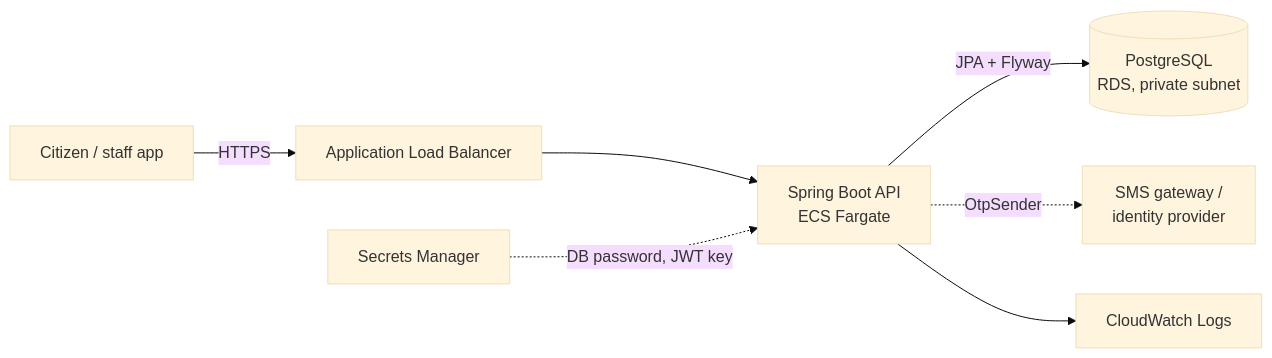
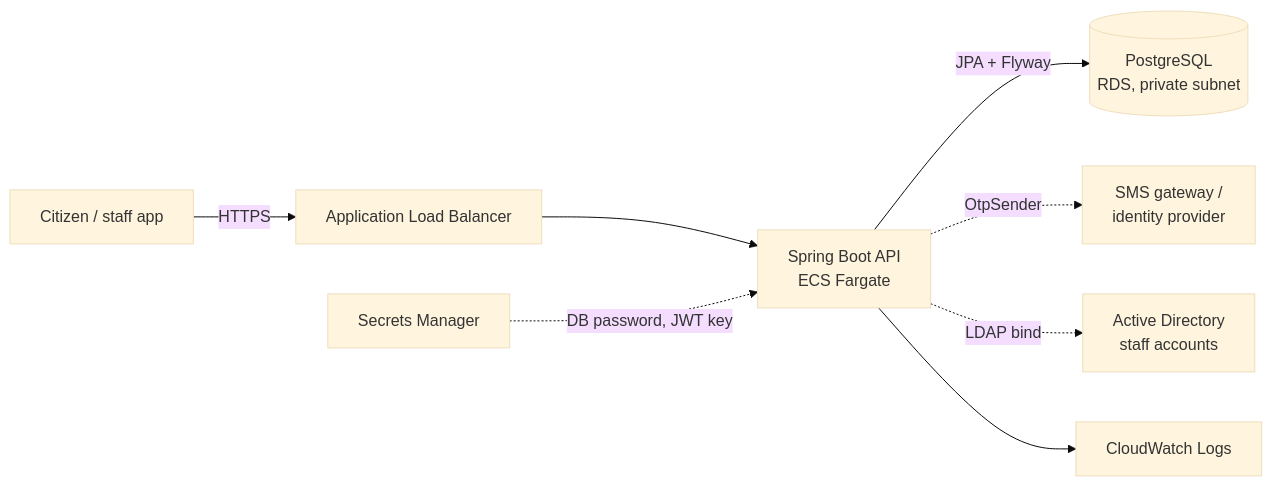
Before and after one commit to coldworld22/citizen-services-api: the diagram in README.md, drawn with Mermaid (base theme). The commit also changed other lines of this file and 13 other files, not shown here.

First line of the commit message:
Add Active Directory (LDAP) sign-in for staff

````diff
--- a/README.md
+++ b/README.md
@@ -26,9 +27,10 @@
 ```mermaid
 flowchart LR
     C[Citizen / staff app] -->|HTTPS| ALB[Application Load Balancer]
     ALB --> API[Spring Boot API<br/>ECS Fargate]
     API -->|JPA + Flyway| DB[(PostgreSQL<br/>RDS, private subnet)]
     API -.->|OtpSender| SMS[SMS gateway /<br/>identity provider]
+    API -.->|LDAP bind| AD[Active Directory<br/>staff accounts]
     SM[Secrets Manager] -.->|DB password, JWT key| API
     API --> CW[CloudWatch Logs]
 ```
````
